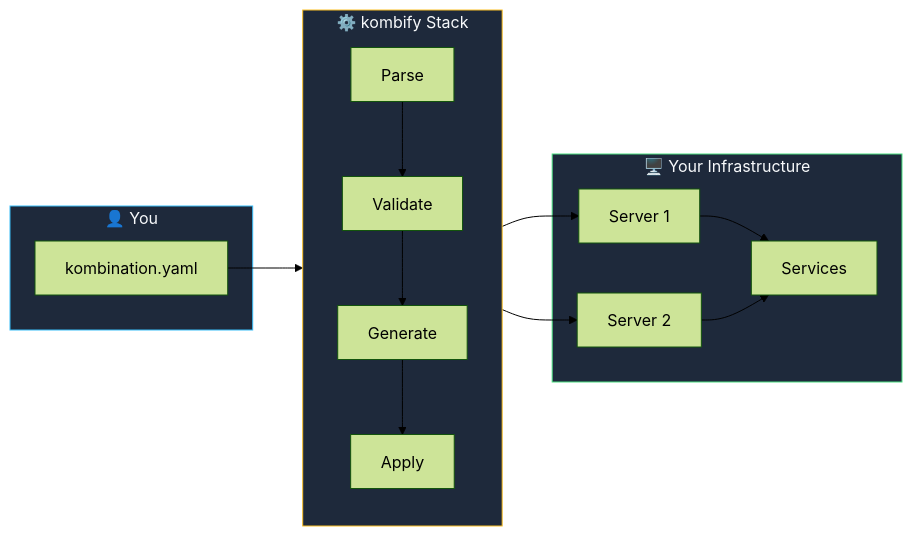
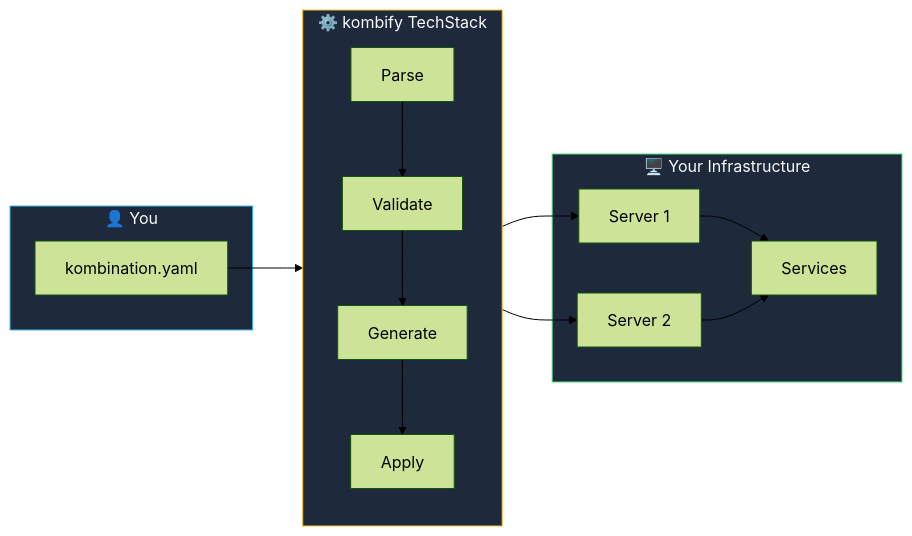
The second of 2 diagrams in introduction.mdx (KombiverseLabs/docs), drawn with Mermaid (forest theme) before and after one commit. The commit also changed other lines of this file and 57 other files, not shown here.

````diff
--- a/introduction.mdx
+++ b/introduction.mdx
@@ -129,29 +135,29 @@
 ```mermaid
 flowchart LR
     subgraph User["👤 You"]
         YAML["kombination.yaml"]
     end
     
-    subgraph Kombify["⚙️ kombify Stack"]
+    subgraph Kombify["⚙️ kombify TechStack"]
         direction TB
         Parse["Parse"]
         Validate["Validate"]
         Generate["Generate"]
         Apply["Apply"]
         Parse --> Validate --> Generate --> Apply
     end
     
     subgraph Infrastructure["🖥️ Your Infrastructure"]
         Node1["Server 1"]
         Node2["Server 2"]
         Services["Services"]
     end
     
     YAML --> Parse
     Apply --> Node1 & Node2
     Node1 & Node2 --> Services
     
     style User fill:#1e293b,stroke:#38bdf8,color:#f8fafc
     style Kombify fill:#1e293b,stroke:#fbbf24,color:#f8fafc
     style Infrastructure fill:#1e293b,stroke:#4ade80,color:#f8fafc
 ```
````
